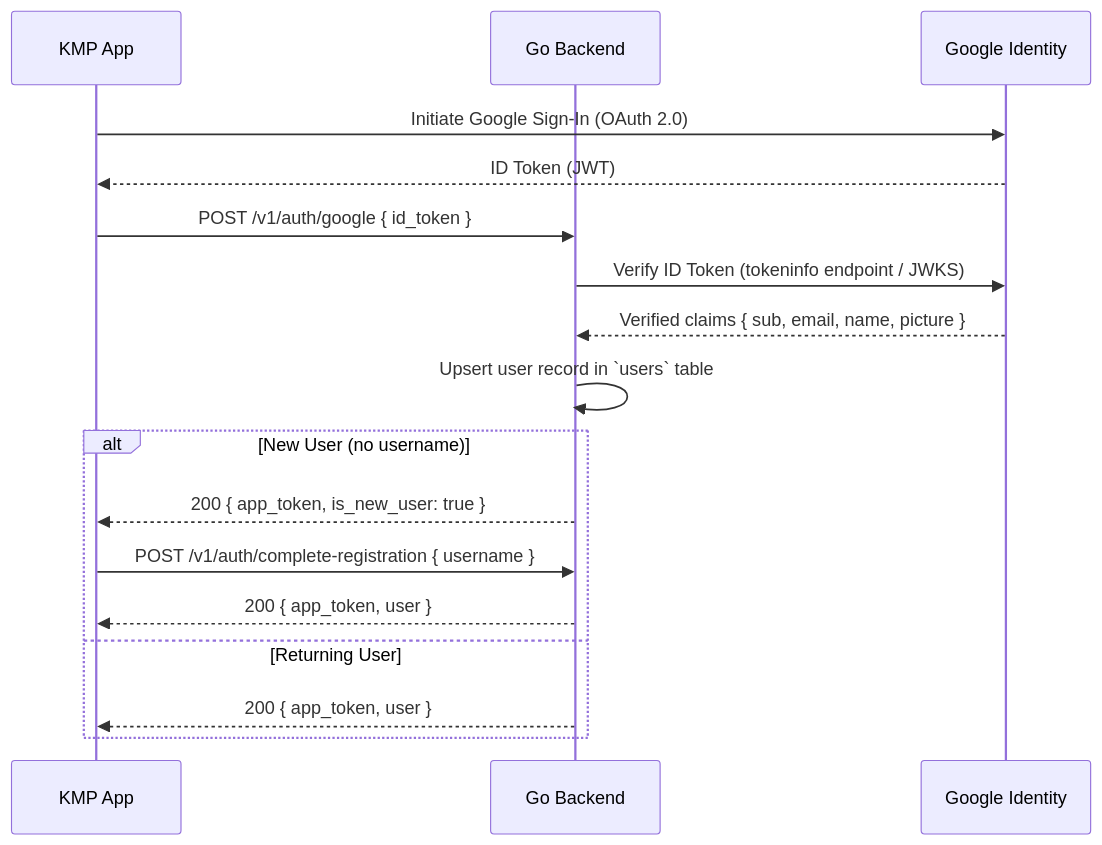
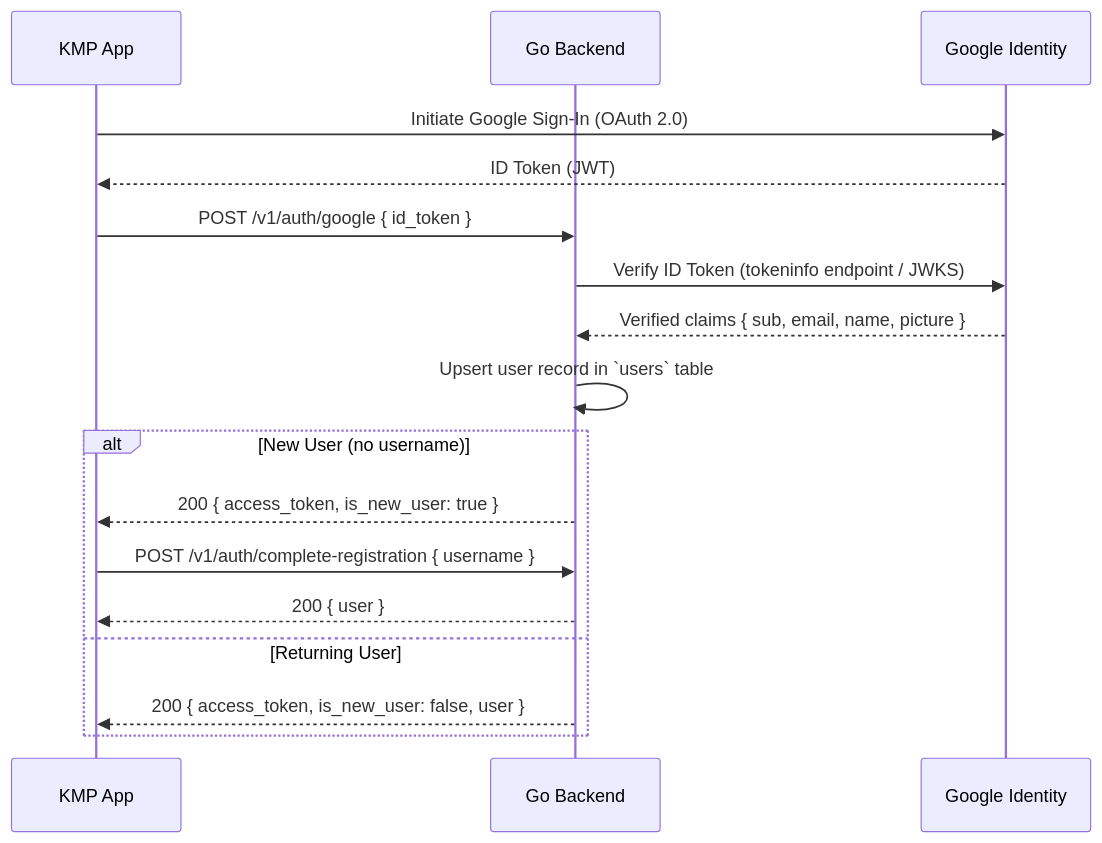
The second of 3 diagrams in docs/ARCHITECTURE.md (tondikii/sua-app), drawn with Mermaid before and after one commit. The commit also changed other lines of this file and 9 other files, not shown here.

````diff
--- a/docs/ARCHITECTURE.md
+++ b/docs/ARCHITECTURE.md
@@ -72,20 +72,20 @@
 ```mermaid
 sequenceDiagram
     participant App as KMP App
     participant BE as Go Backend
     participant GID as Google Identity
 
     App->>GID: Initiate Google Sign-In (OAuth 2.0)
     GID-->>App: ID Token (JWT)
     App->>BE: POST /v1/auth/google  { id_token }
     BE->>GID: Verify ID Token (tokeninfo endpoint / JWKS)
     GID-->>BE: Verified claims { sub, email, name, picture }
     BE->>BE: Upsert user record in `users` table
     alt New User (no username)
-        BE-->>App: 200 { app_token, is_new_user: true }
+        BE-->>App: 200 { access_token, is_new_user: true }
         App->>BE: POST /v1/auth/complete-registration  { username }
-        BE-->>App: 200 { app_token, user }
+        BE-->>App: 200 { user }
     else Returning User
-        BE-->>App: 200 { app_token, user }
+        BE-->>App: 200 { access_token, is_new_user: false, user }
     end
 ```
````
